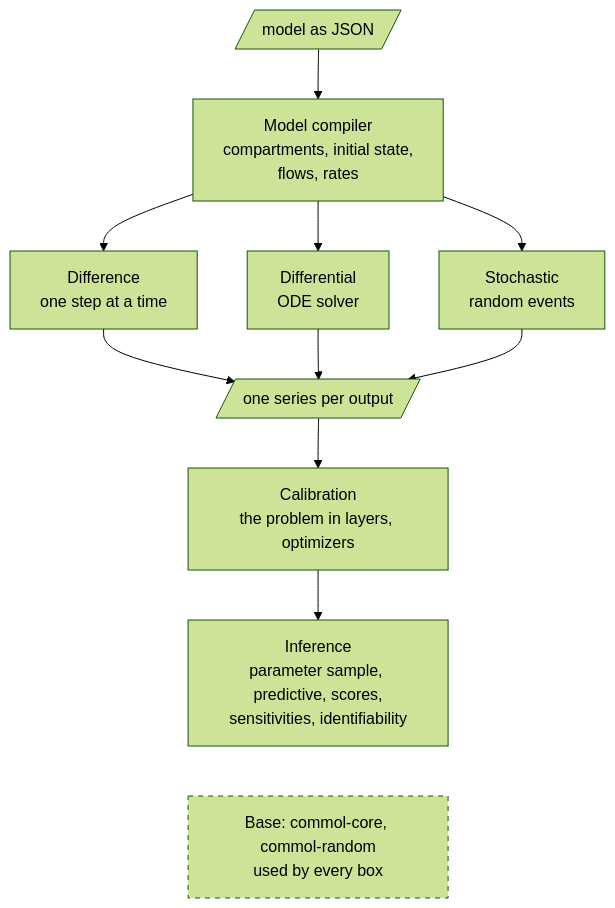
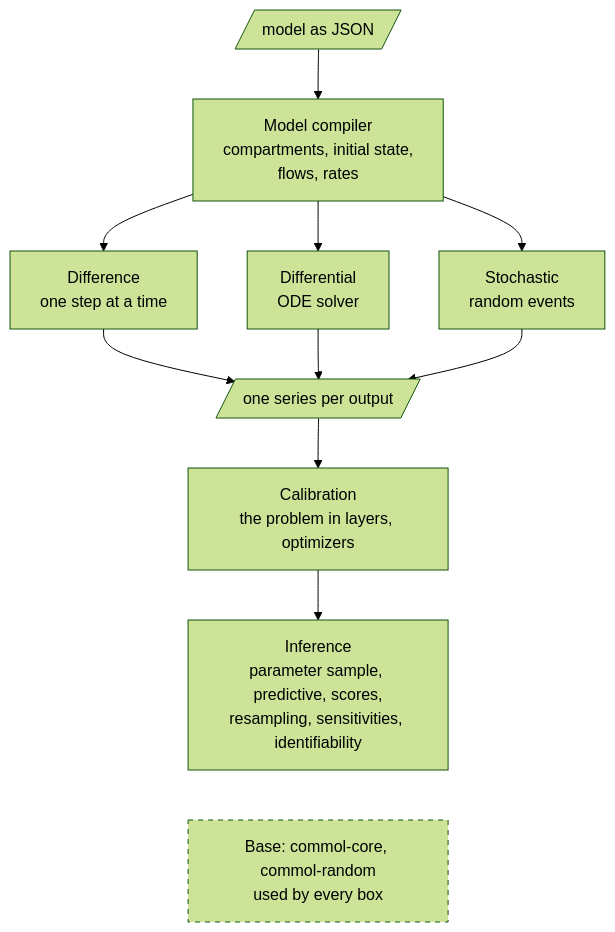
The second of 3 diagrams in docs/codebase/architecture.md (MUNQU/commol), drawn with Mermaid (forest theme) before and after one commit. The commit also changed other lines of this file and 41 other files, not shown here.

Commit message:
feat(inference): uncertainty by resampling the data

````diff
--- a/docs/codebase/architecture.md
+++ b/docs/codebase/architecture.md
@@ -47,20 +47,20 @@
 ```mermaid
 flowchart TB
     J[/model as JSON/]
     M["Model compiler<br/>compartments, initial state,<br/>flows, rates"]
     E1["Difference<br/>one step at a time"]
     E2["Differential<br/>ODE solver"]
     E3["Stochastic<br/>random events"]
     O[/one series per output/]
     C["Calibration<br/>the problem in layers, optimizers"]
-    I["Inference<br/>parameter sample, predictive, scores,<br/>sensitivities, identifiability"]
+    I["Inference<br/>parameter sample, predictive, scores,<br/>resampling, sensitivities, identifiability"]
     F["Base: commol-core, commol-random<br/>used by every box"]
     J --> M
     M --> E1 & E2 & E3
     E1 & E2 & E3 --> O
     O --> C
     C --> I
     I ~~~ F
     classDef base stroke-dasharray: 5 5
     class F base
 ```
````
